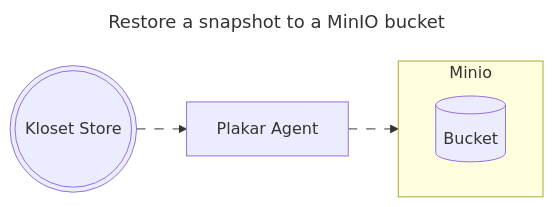
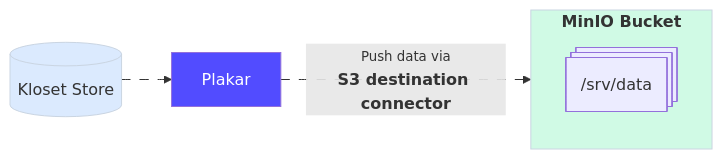
One commit to PlakarKorp/plakar.io changed the third of 3 diagrams in content/docs/v1.0.6/integrations/minio/index.md. Above: the diagram before and after it, drawn with Mermaid. The commit also changed other lines of this file, not shown here.

Commit message:
minio: improve doc

```diff
--- a/content/docs/v1.0.6/integrations/minio/index.md
+++ b/content/docs/v1.0.6/integrations/minio/index.md
@@ -287,16 +240,25 @@
 {{< mermaid >}}
----
-title: Restore a snapshot to a MinIO bucket
----
 flowchart LR
-Kloset(((Kloset Store)))
-Kloset e1@--> Plakar[Plakar Agent]
-subgraph Minio
-direction LR
-DB1[(Bucket)]
+
+Store@{ shape: cyl, label: "Kloset Store" }
+
+Store --> Plakar
+
+subgraph Destination[<b>MinIO Bucket</b>]
+  fs@{ shape: st-rect, label: "/srv/data" }
 end
-Plakar e2@--> Minio
-classDef animate stroke-dasharray: 9,5,stroke-dashoffset: 900,animation: dash 25s linear infinite;
-class e1 animate
-class e2 animate
+
+Plakar -- <small>Push data via</small><br><b>S3 destination connector</b> --> Destination
+
+%% Apply classes
+class Destination destinationBox
+class Plakar brandBox
+class Store storeBox
+
+%% Classes definitions
+classDef destinationBox fill:#d0fae5,stroke:#cad5e2,stroke-width:1px
+classDef brandBox fill:#524cff,color:#ffffff
+classDef storeBox fill:#dbeafe,stroke:#cad5e2,stroke-width:1px
+
+linkStyle default stroke-dasharray: 9,5,stroke-dashoffset: 900,animation: dash 25s linear infinite;
 {{< /mermaid >}}
```
